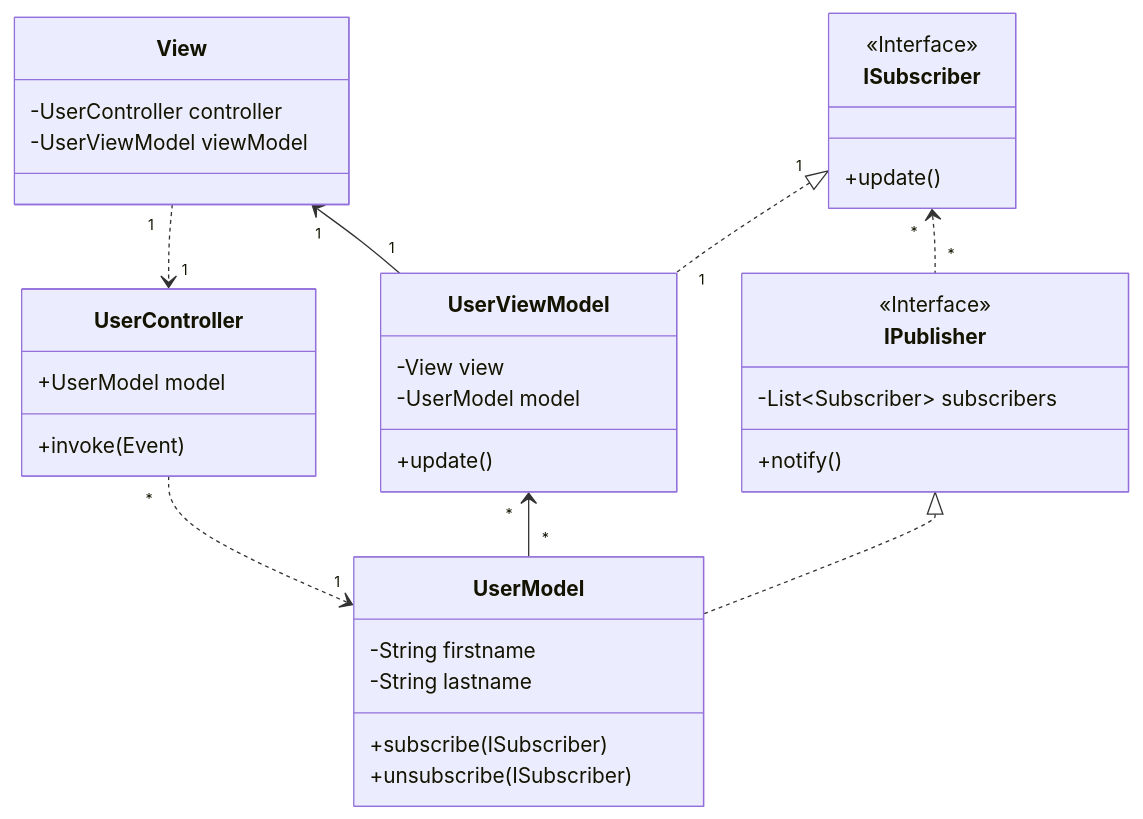
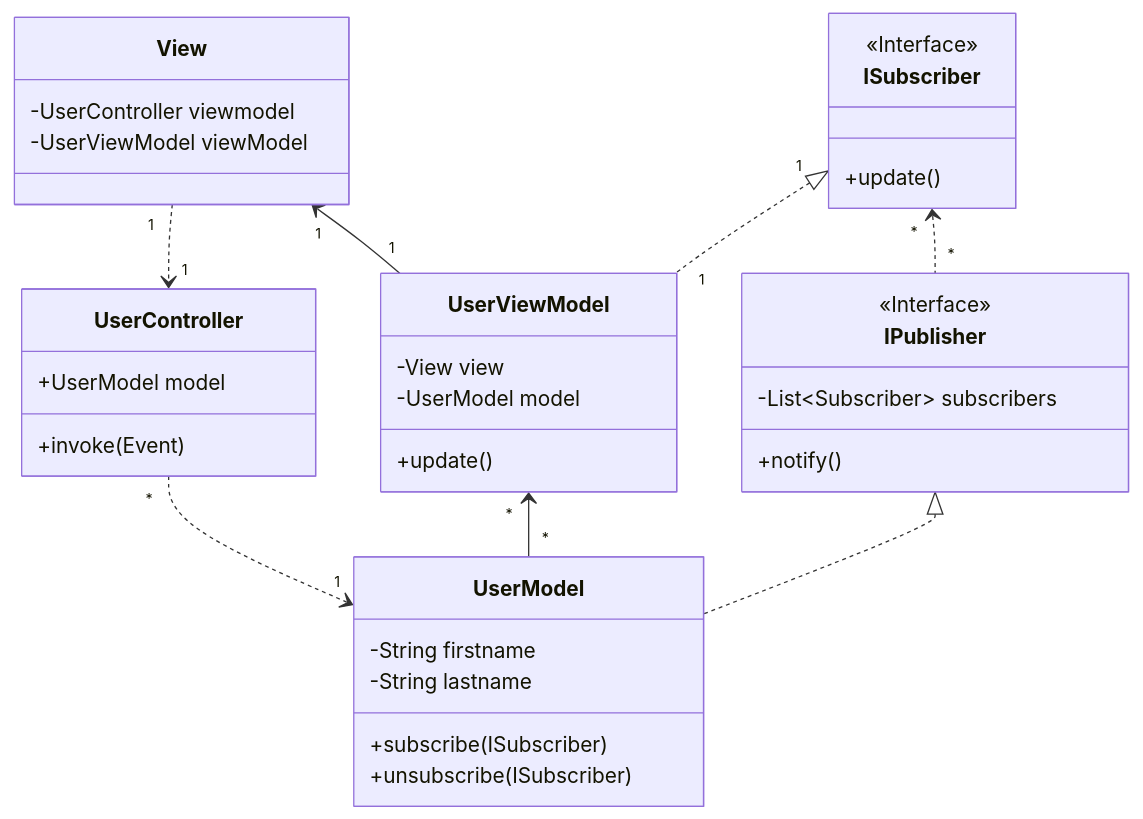
Before and after one commit to Yingjia-Z/CalorieWise: the diagram in CalorieWise/README.md, drawn with Mermaid. The commit also changed 28 other files, not shown here.

````diff
--- a/CalorieWise/README.md
+++ b/CalorieWise/README.md
@@ -7,47 +7,47 @@
 ```mermaid
 classDiagram
     View "1" ..> "1" UserController
     UserController "*" ..> "1" UserModel 
     
     ISubscriber "1" <|.. "1" UserViewModel
     IPublisher <|.. UserModel
     ISubscriber "*" <.. "*" IPublisher
 
     View "1" <-- "1" UserViewModel 
     UserViewModel "*" <-- "*" UserModel
     
     class View {
-        -UserController controller    
+        -UserController viewmodel    
         -UserViewModel viewModel
     }
     
     class ISubscriber {
         <<Interface>>
         +update()    
     }  
     
     class UserViewModel {
         -View view
         -UserModel model
         +update()
     }
     
     class UserController {
         +UserModel model
         +invoke(Event)
     }
 
     class IPublisher {
         <<Interface>>
         -List~Subscriber~ subscribers
         +notify()
     }
     
     class UserModel {
         -String firstname
         -String lastname
         +subscribe(ISubscriber)
         +unsubscribe(ISubscriber)
     }
 
 ```
````
